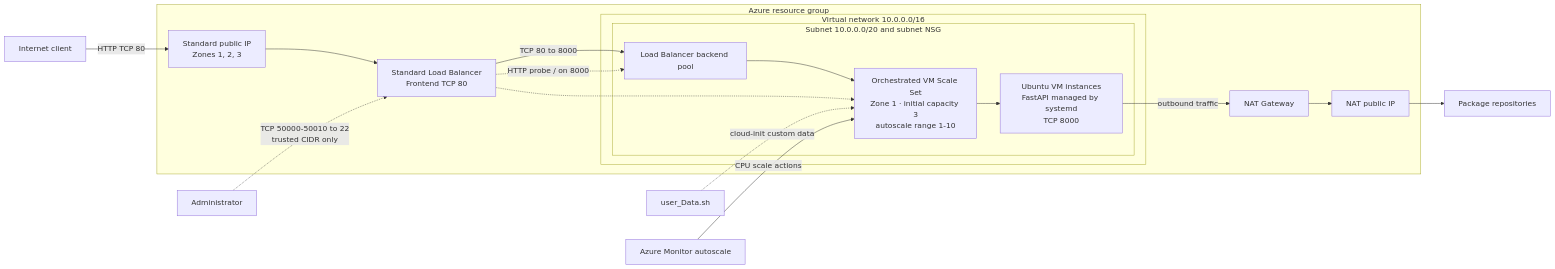
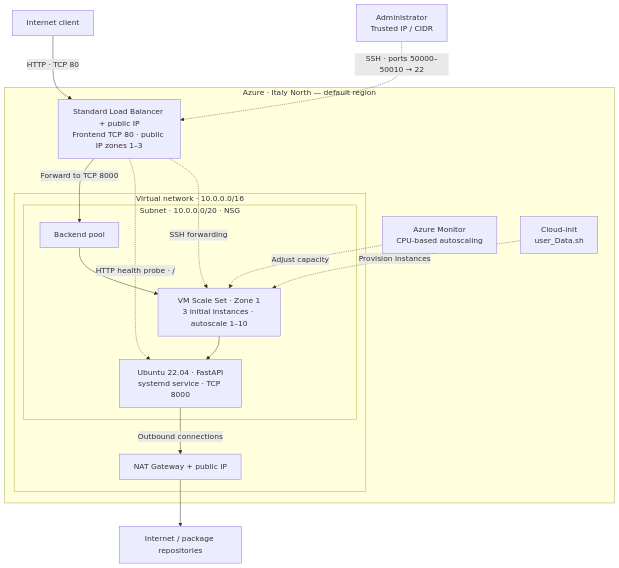
One commit to vizzz40/azure-vmss-networking-lab changed the diagram in README.md. Above: the diagram before and after it, drawn with Mermaid. The commit also changed other lines of this file and 1 other file, not shown here.

Commit message:
made the README clearer and updated the architecture diagram

````diff
--- a/README.md
+++ b/README.md
@@ -27,37 +20,34 @@
 ```mermaid
-flowchart LR
-    client[Internet client]
-    admin[Administrator]
-    packages[Package repositories]
-    monitor[Azure Monitor autoscale]
-    bootstrap[user_Data.sh]
+flowchart TB
+    client["Internet client"]
+    admin["Administrator<br/>Trusted IP / CIDR"]
 
-    subgraph rg[Azure resource group]
-        public_ip[Standard public IP<br/>Zones 1, 2, 3]
-        load_balancer[Standard Load Balancer<br/>Frontend TCP 80]
-        nat_ip[NAT public IP]
-        nat_gateway[NAT Gateway]
+    subgraph azure["Azure · Italy North — default region"]
+        lb["Standard Load Balancer + public IP<br/>Frontend TCP 80 · public IP zones 1–3"]
 
-        subgraph vnet[Virtual network 10.0.0.0/16]
-            subgraph subnet[Subnet 10.0.0.0/20 and subnet NSG]
-                backend_pool[Load Balancer backend pool]
-                vmss[Orchestrated VM Scale Set<br/>Zone 1 · initial capacity 3<br/>autoscale range 1-10]
-                app[Ubuntu VM instances<br/>FastAPI managed by systemd<br/>TCP 8000]
+        subgraph network["Virtual network · 10.0.0.0/16"]
+            subgraph subnet["Subnet · 10.0.0.0/20 · NSG"]
+                pool["Backend pool"]
+                vmss["VM Scale Set · Zone 1<br/>3 initial instances · autoscale 1–10"]
+                app["Ubuntu 22.04 · FastAPI<br/>systemd service · TCP 8000"]
+                pool --> vmss --> app
             end
+            nat["NAT Gateway + public IP"]
         end
+
+        monitor["Azure Monitor<br/>CPU-based autoscaling"]
+        bootstrap["Cloud-init<br/>user_Data.sh"]
     end
 
-    client -->|HTTP TCP 80| public_ip
-    public_ip --> load_balancer
-    load_balancer -->|TCP 80 to 8000| backend_pool
-    load_balancer -.->|HTTP probe / on 8000| backend_pool
-    backend_pool --> vmss
-    vmss --> app
-    admin -.->|TCP 50000-50010 to 22<br/>trusted CIDR only| load_balancer
-    load_balancer -.-> vmss
-    bootstrap -.->|cloud-init custom data| vmss
-    monitor -->|CPU scale actions| vmss
-    app -->|outbound traffic| nat_gateway
-    nat_gateway --> nat_ip
-    nat_ip --> packages
+    packages["Internet / package repositories"]
+
+    client -->|"HTTP · TCP 80"| lb
+    lb -->|"Forward to TCP 8000"| pool
+    lb -.->|"HTTP health probe · /"| app
+    admin -.->|"SSH · ports 50000–50010 → 22"| lb
+    lb -.->|"SSH forwarding"| vmss
+    monitor -.->|"Adjust capacity"| vmss
+    bootstrap -.->|"Provision instances"| vmss
+    app -->|"Outbound connections"| nat
+    nat --> packages
 ```
````
